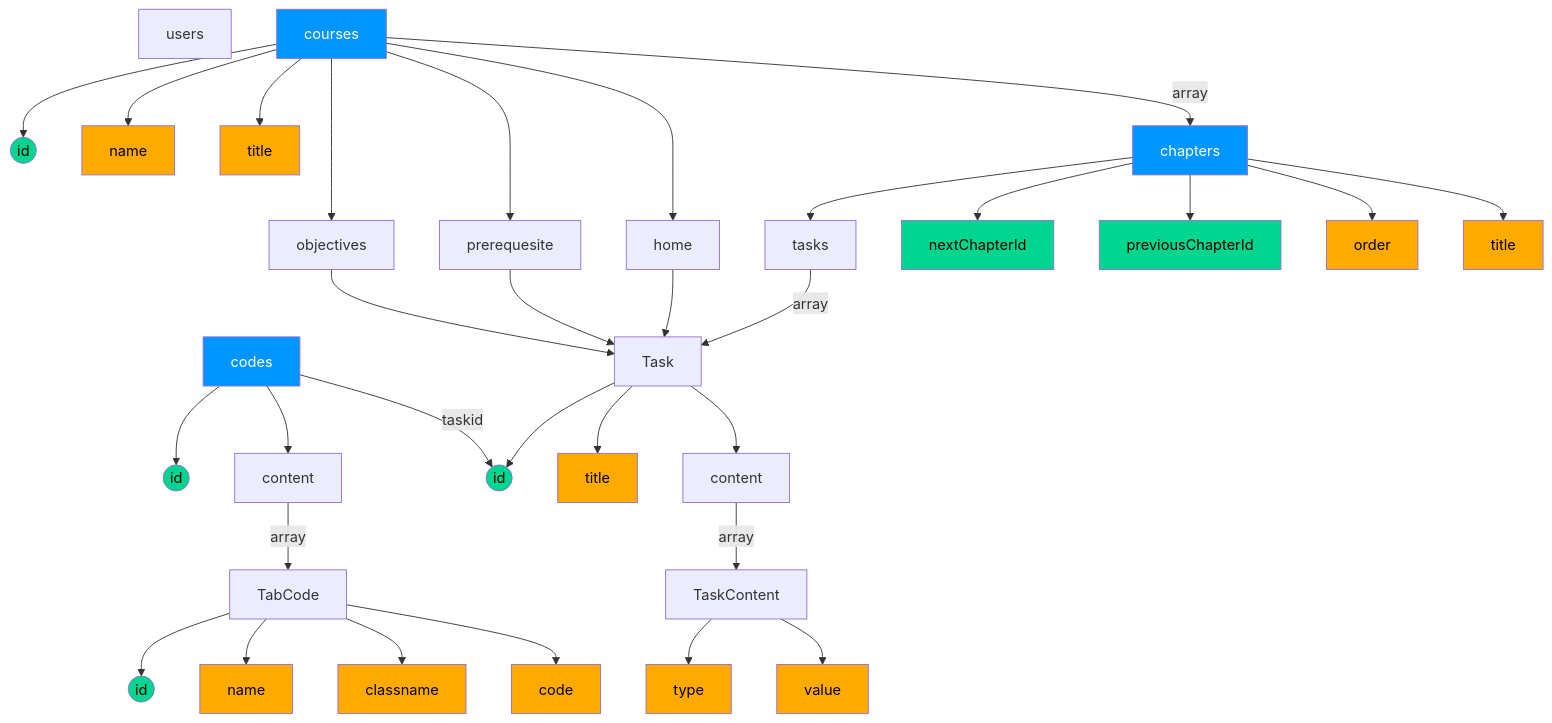
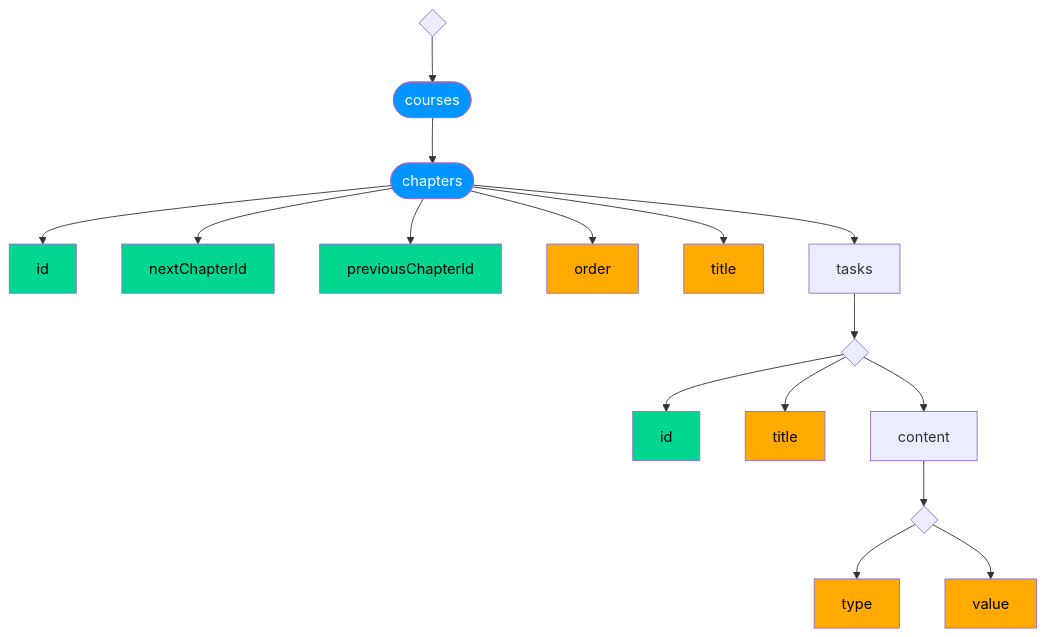
One commit to Temechon/nexify.io changed the third of 6 diagrams in docs/datamodel.md. Above: the diagram before and after it, drawn with Mermaid. The commit also changed other lines of this file and 7 other files, not shown here.

````diff
--- a/docs/datamodel.md
+++ b/docs/datamodel.md
@@ -3,49 +50,23 @@
 ```mermaid
 graph TD
-
-users
-
-codes --> id3((id))
-codes --> content2[content]
-codes -- taskid --> id2
-content2 --array--> TabCode
-
-TabCode --> id4((id))
-TabCode --> name2[name]
-TabCode --> classname
-TabCode --> code
-
-
-courses --> id1((id))
-courses --> name
-courses --> title
-courses --> objectives --> Task
-courses --> prerequesite --> Task
-courses --> home --> Task
-courses --array--> chapters
-
-Task --> id2((id))
-Task --> title2[title]
-Task --> content --array--> TaskContent
-TaskContent --> type
-TaskContent --> value
-
-chapters --> tasks --array--> Task
+root{ } --> c([courses]) --> chapters([chapters])
+chapters --> id0[id]
 chapters --> nextChapterId
 chapters --> previousChapterId
 chapters --> order
-chapters --> title3[title]
+chapters --> title2[title]
+chapters --> tasks --> t{ }
+t --> id
+t --> title3[title]
+t --> content --> cc{ }
+cc --> type
+cc --> value
 
-
-classDef green fill:#00d68f,color:black;
+classDef ids fill:#00d68f,color:black;
 classDef string fill:#ffaa00,color:black;
 classDef collections fill:#0095ff,color:white;
 
-class id1,id2,id3,id4,nextChapterId,previousChapterId green;
-class name,title,title2,title3,type,value string;
-class order string;
-class name2,classname,code string;
-
-class courses,chapters,codes collections;
-
+class c,chapters collections;
+class id0,id,nextChapterId,previousChapterId ids;
+class order,title2,title3,type,value string;
 ```
````
